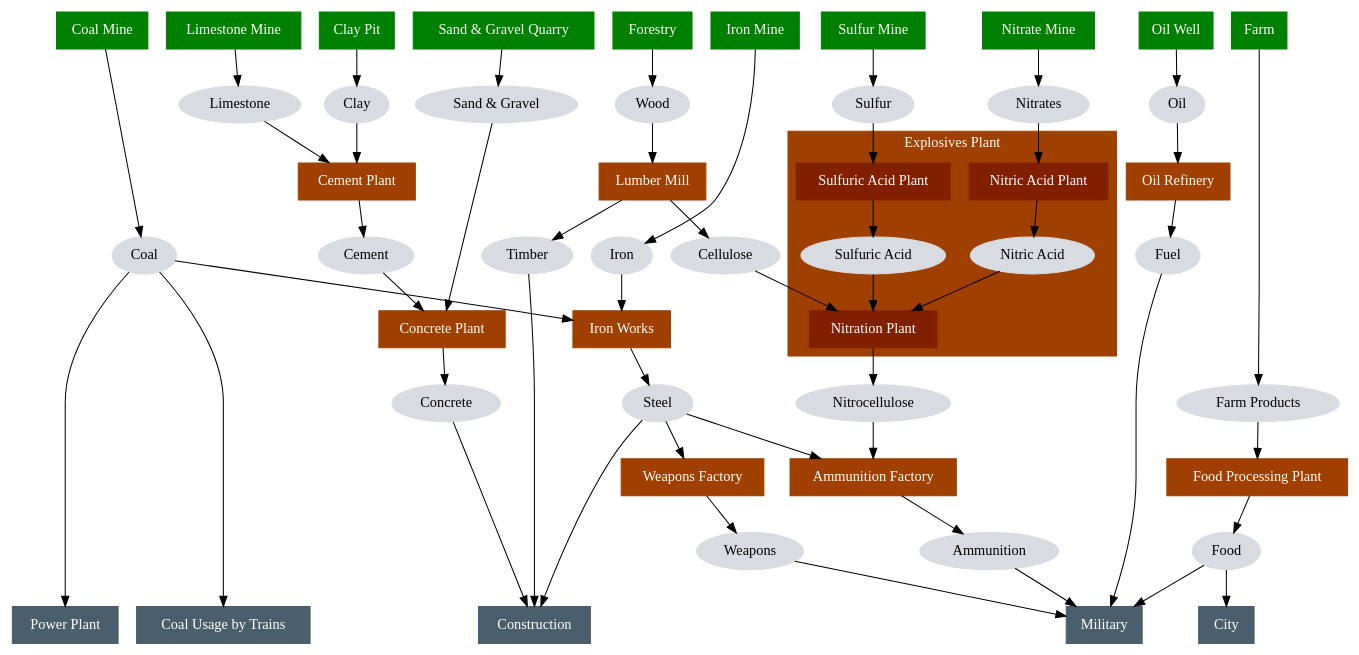
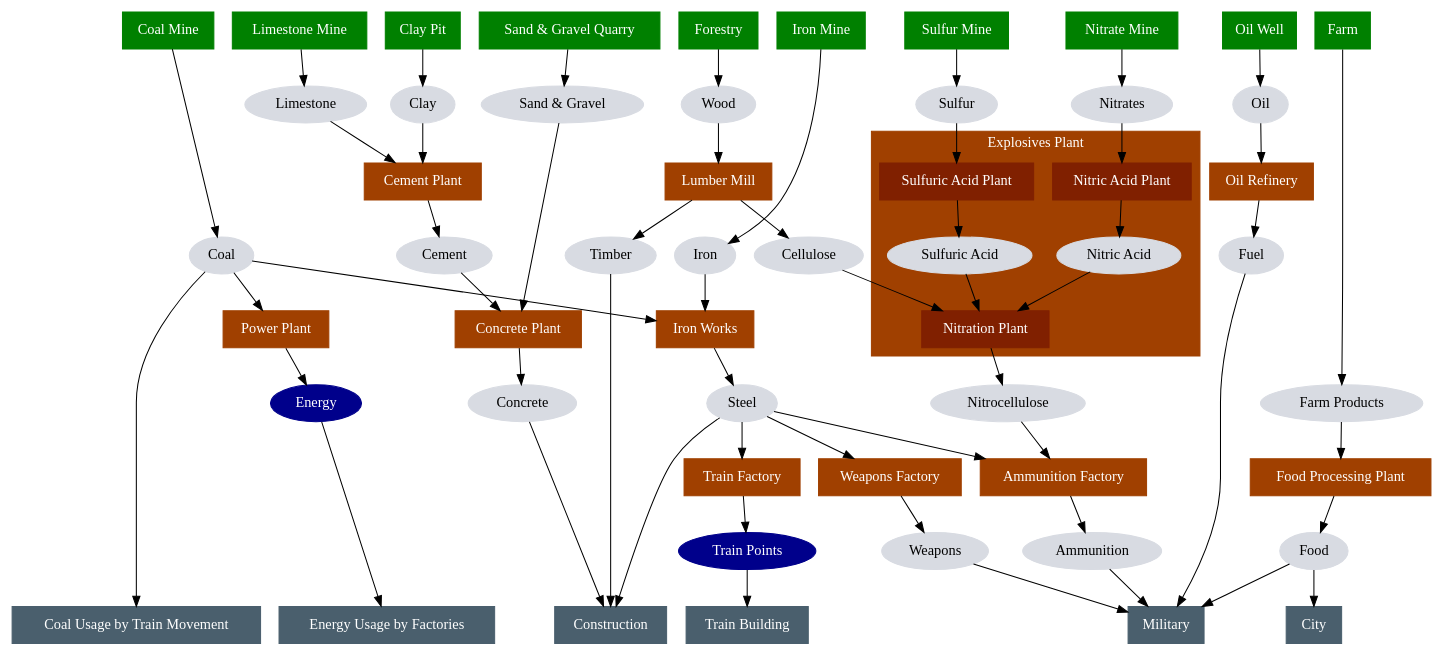
Before and after one commit to jurisk/train-simulator: the diagram in flow.dot, drawn with Graphviz. The commit also changed 1 other file, not shown here.

```diff
--- a/flow.dot
+++ b/flow.dot
@@ -1,141 +1,155 @@
 digraph G {
     node [style = filled, fontcolor = white];
 
     # Raw materials extraction
     node [shape = box, color = green];
     CoalMine [label = "Coal Mine"];
     IronMine [label = "Iron Mine"];
     Forestry [label = "Forestry"];
     SulfurMine [label = "Sulfur Mine"];
     NitrateMine [label = "Nitrate Mine"];
     OilWell [label = "Oil Well"];
     LimestoneMine [label = "Limestone Mine"];
     ClayPit [label = "Clay Pit"];
     SandAndGravelQuarry [label = "Sand & Gravel Quarry"];
     Farm [label = "Farm"];
     { rank = same; CoalMine; IronMine; Forestry; SulfurMine; NitrateMine; OilWell; LimestoneMine; ClayPit; SandAndGravelQuarry; Farm; }
 
     node [shape = box, color = "#a04000"];
     # https://en.wikipedia.org/wiki/Basic_oxygen_steelmaking
     IronWorks [label = "Iron Works"];
     WeaponsFactory [label = "Weapons Factory"];
+    TrainFactory [label = "Train Factory"];
     LumberMill [label = "Lumber Mill"];
     AmmunitionFactory [label = "Ammunition Factory"];
     OilRefinery [label = "Oil Refinery"];
     CementPlant [label = "Cement Plant"];
     ConcretePlant [label = "Concrete Plant"];
     FoodProcessingPlant [label = "Food Processing Plant"];
+    PowerPlant [label = "Power Plant"];
 
     subgraph cluster_ExplosivesPlant {
         # This is being built together as otherwise it becomes too much micro-management
         style = filled;
         color = "#a04000";
         fontcolor = white;
         label = "Explosives Plant";
         node [shape = box, color = "#802000", fontcolor = white];
 
         NitricAcidPlant [label = "Nitric Acid Plant"];
         SulfuricAcidPlant [label = "Sulfuric Acid Plant"];
         NitrationPlant [label = "Nitration Plant"];
 
         node [shape = ellipse, color = "#D8DBE2", fontcolor = black, style = filled];
         NitricAcid [label = "Nitric Acid"];
         SulfuricAcid [label = "Sulfuric Acid"];
     }
 
     # Final consumers
     node [shape = box, color = "#4A5F6D"];
     Construction [label = "Construction"];
     Military [label = "Military"];
-    CoalUsageByTrains [label = "Coal Usage by Trains"]
+    CoalUsageByTrainMovement [label = "Coal Usage by Train Movement"]
+    TrainBuilding [label = "Train Building"];
     PowerPlant [label = "Power Plant"];
     City [label = "City"];
-    { rank = same; Construction; Military; CoalUsageByTrains; PowerPlant; City; }
+    EnergyUsageByFactories [label = "Energy Usage by Factories"];
+    { rank = same; Construction; Military; CoalUsageByTrainMovement; TrainBuilding; EnergyUsageByFactories; City; }
 
     node [shape = ellipse, color = "#D8DBE2", fontcolor = black];
     Coal [label = "Coal"];
     Iron [label = "Iron"];
     Oil [label = "Oil"];
     Fuel [label = "Fuel"];
     Nitrates [label = "Nitrates"];
     Sulfur [label = "Sulfur"];
     Nitrocellulose [label = "Nitrocellulose"];
     Timber [label = "Timber"];
     Cellulose [label = "Cellulose"];
     Concrete [label = "Concrete"];
     Cement [label = "Cement"];
     SandAndGravel [label = "Sand & Gravel"];
     Clay [label = "Clay"];
     Limestone [label = "Limestone"];
     Weapons [label = "Weapons"];
     Ammunition [label = "Ammunition"];
     Steel [label = "Steel"];
     FarmProducts [label = "Farm Products"];
+    Wood [label = "Wood"];
     Food [label = "Food"];
+
+    node [color = "darkblue", fontcolor = white];
+    Energy [label = "Energy"];
+    TrainPoints [label = "Train Points"];
 
     CoalMine -> Coal;
     Coal -> IronWorks;
-    Coal -> CoalUsageByTrains;
+    Coal -> CoalUsageByTrainMovement;
     Coal -> PowerPlant;
+    PowerPlant -> Energy;
+    Energy -> EnergyUsageByFactories;
 
     IronMine -> Iron;
     Iron -> IronWorks;
 
     OilWell -> Oil;
     Oil -> OilRefinery;
     OilRefinery -> Fuel;
     Fuel -> Military;
 
     NitrateMine -> Nitrates;
     Nitrates -> NitricAcidPlant;
 
     SulfurMine -> Sulfur;
     Sulfur -> SulfuricAcidPlant;
 
     Forestry -> Wood;
     Wood -> LumberMill;
     LumberMill -> Cellulose;
     Cellulose -> NitrationPlant;
     LumberMill -> Timber;
     Timber -> Construction;
 
     NitricAcidPlant -> NitricAcid;
     NitricAcid -> NitrationPlant;
 
     SulfuricAcidPlant -> SulfuricAcid;
     SulfuricAcid -> NitrationPlant;
 
     NitrationPlant -> Nitrocellulose;
     Nitrocellulose -> AmmunitionFactory;
 
     AmmunitionFactory -> Ammunition;
     Ammunition -> Military;
     WeaponsFactory -> Weapons;
     Weapons -> Military;
 
     IronWorks -> Steel;
     Steel -> AmmunitionFactory;
     Steel -> WeaponsFactory;
     Steel -> Construction;
+    Steel -> TrainFactory;
+    TrainFactory -> TrainPoints;
+    TrainPoints -> TrainBuilding;
 
     LimestoneMine -> Limestone;
     Limestone -> CementPlant;
 
     ClayPit -> Clay;
     Clay -> CementPlant;
 
     CementPlant -> Cement;
     Cement -> ConcretePlant;
 
     SandAndGravelQuarry -> SandAndGravel;
     SandAndGravel -> ConcretePlant;
 
     ConcretePlant -> Concrete;
     Concrete -> Construction;
 
     Farm -> FarmProducts;
     FarmProducts -> FoodProcessingPlant;
     FoodProcessingPlant -> Food;
     Food -> Military;
     Food -> City;
 }
```
